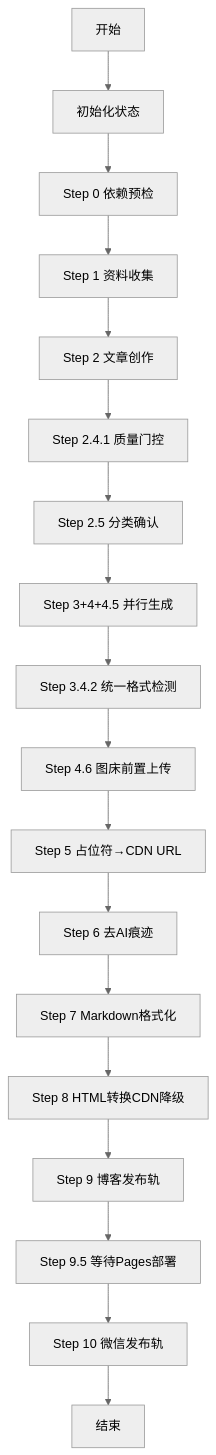
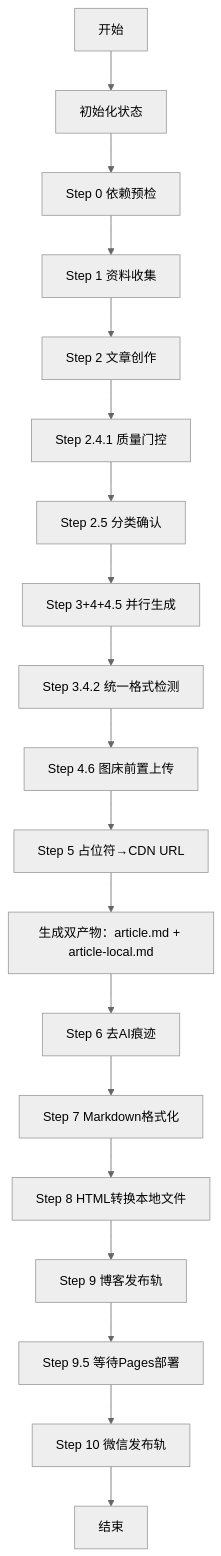
The third of 6 diagrams in .qoder/repowiki/zh/content/AI 技能系统/发布自动化技能/发布自动化技能.md (NTLx/ntlx.github.io), drawn with Mermaid (neutral theme) before and after one commit. The commit also changed other lines of this file and 3 other files, not shown here.

````diff
--- a/.qoder/repowiki/zh/content/AI 技能系统/发布自动化技能/发布自动化技能.md
+++ b/.qoder/repowiki/zh/content/AI 技能系统/发布自动化技能/发布自动化技能.md
@@ -203,20 +203,21 @@
 ```mermaid
 flowchart TD
 S["开始"] --> L["初始化状态"]
 L --> M["Step 0 依赖预检"]
 M --> N["Step 1 资料收集"]
 N --> O["Step 2 文章创作"]
 O --> P["Step 2.4.1 质量门控"]
 P --> Q["Step 2.5 分类确认"]
 Q --> R["Step 3+4+4.5 并行生成"]
 R --> S1["Step 3.4.2 统一格式检测"]
 S1 --> T["Step 4.6 图床前置上传"]
 T --> U["Step 5 占位符→CDN URL"]
-U --> V["Step 6 去AI痕迹"]
-V --> W["Step 7 Markdown格式化"]
-W --> X["Step 8 HTML转换CDN降级"]
-X --> Y["Step 9 博客发布轨"]
-Y --> Z["Step 9.5 等待Pages部署"]
-Z --> AA["Step 10 微信发布轨"]
-AA --> BB["结束"]
+U --> V["生成双产物：article.md + article-local.md"]
+V --> W["Step 6 去AI痕迹"]
+W --> X["Step 7 Markdown格式化"]
+X --> Y["Step 8 HTML转换本地文件"]
+Y --> Z["Step 9 博客发布轨"]
+Z --> AA["Step 9.5 等待Pages部署"]
+AA --> BB["Step 10 微信发布轨"]
+BB --> CC["结束"]
 ```
````
